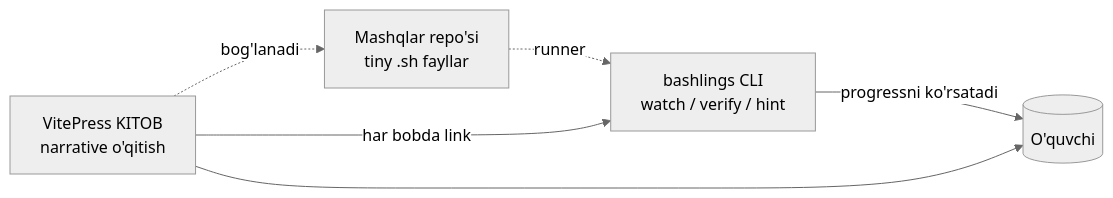
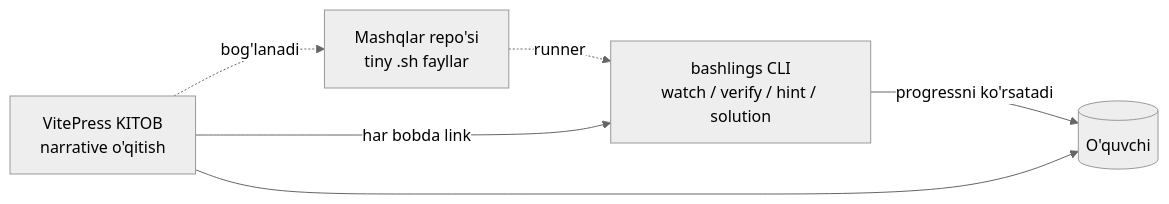
The diagram in STATUS.md (qobulovasror/bashlings), drawn with Mermaid (neutral theme) before and after one commit. The commit also changed other lines of this file and 9 other files, not shown here.

````diff
--- a/STATUS.md
+++ b/STATUS.md
@@ -14,8 +14,8 @@
 ```mermaid
 flowchart LR
     A[VitePress KITOB<br/>narrative o'qitish] -.bog'lanadi.-> B[Mashqlar repo'si<br/>tiny .sh fayllar]
-    B -.runner.-> C[bashlings CLI<br/>watch / verify / hint]
+    B -.runner.-> C[bashlings CLI<br/>watch / verify / hint / solution]
     A -->|"har bobda link"| C
     C -->|"progressni ko'rsatadi"| D[(O'quvchi)]
     A --> D
 ```
````
